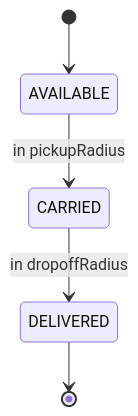
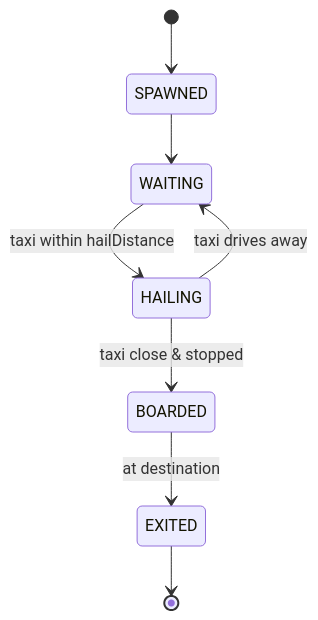
One commit to PSLSbb/gamegame changed the fourth of 4 diagrams in README.md. Above: the diagram before and after it, drawn with Mermaid. The commit also changed other lines of this file, not shown here.

````diff
--- a/README.md
+++ b/README.md
@@ -232,7 +238,10 @@
 ```mermaid
 stateDiagram-v2
-    [*] --> AVAILABLE
-    AVAILABLE --> CARRIED : in pickupRadius
-    CARRIED --> DELIVERED : in dropoffRadius
-    DELIVERED --> [*]
+    [*] --> SPAWNED
+    SPAWNED --> WAITING
+    WAITING --> HAILING : taxi within hailDistance
+    HAILING --> BOARDED : taxi close & stopped
+    HAILING --> WAITING : taxi drives away
+    BOARDED --> EXITED : at destination
+    EXITED --> [*]
 ```
````
